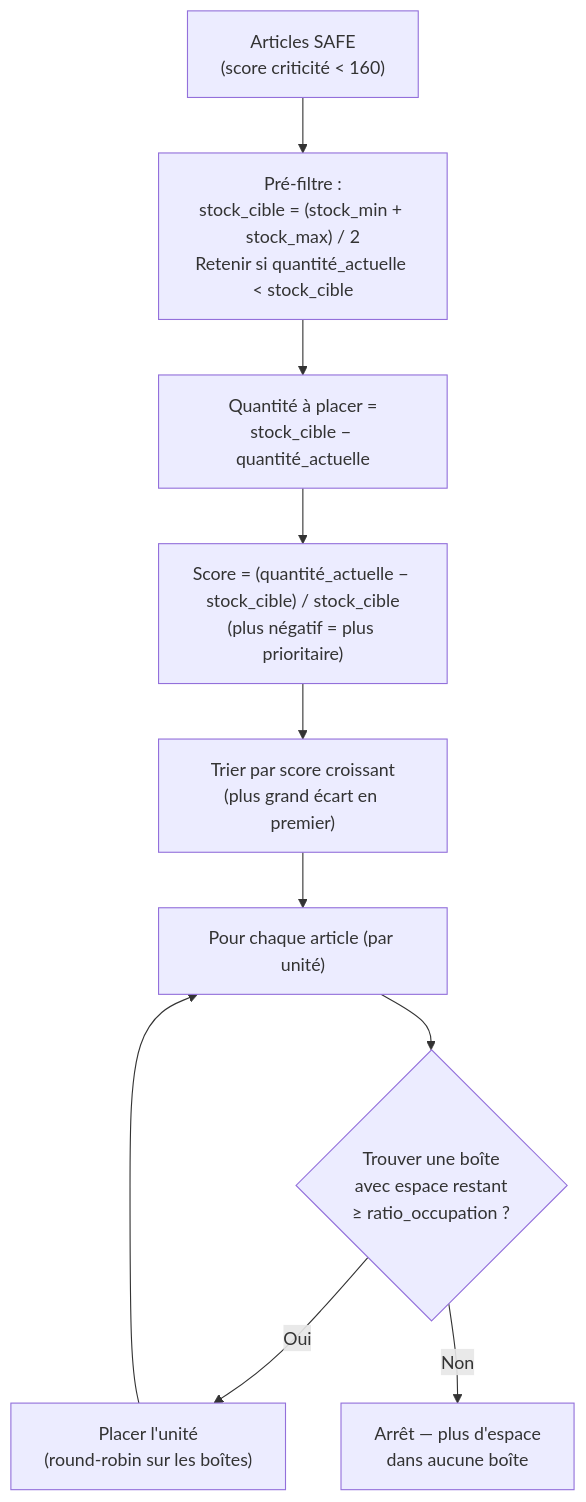
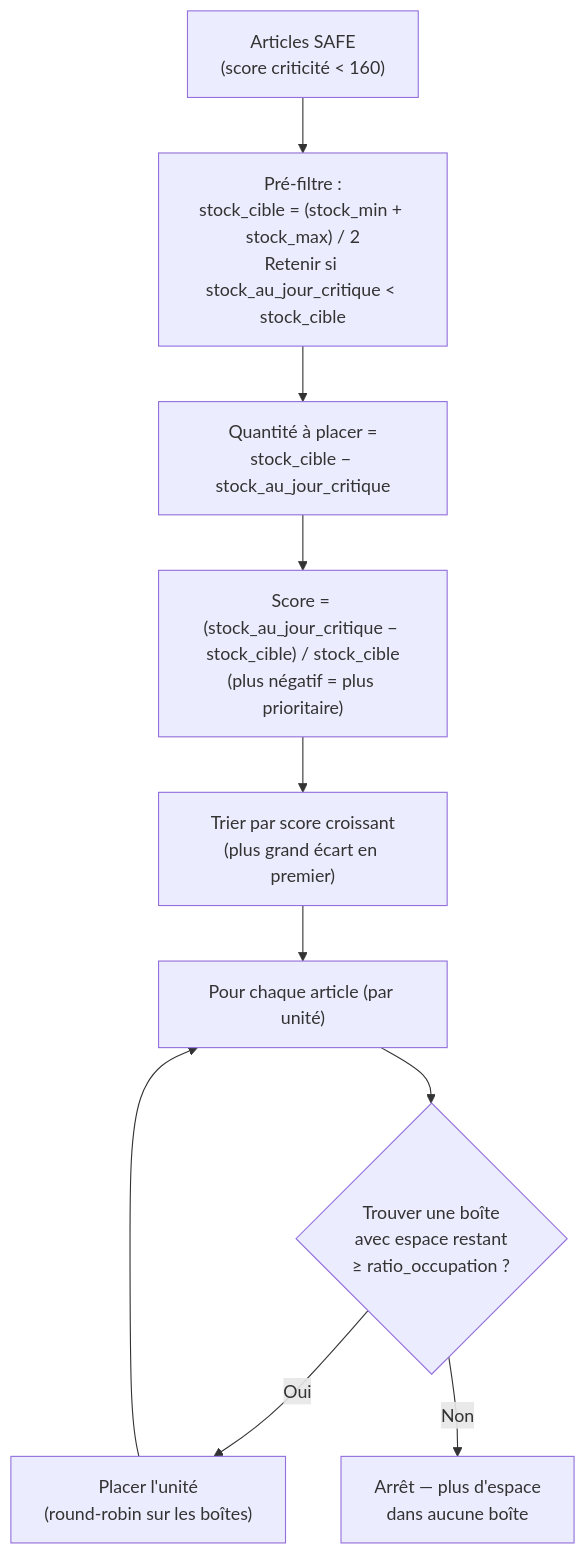
Before and after one commit to Singularity-Institute/PTL-r-appro-: diagram 11 of 15 in DOCUMENTATION_FONCTIONNELLE op-rep.md, drawn with Mermaid. The commit also changed other lines of this file, not shown here.

First line of the commit message:
Revise stock minimum gap calculations and definitions

````diff
--- a/DOCUMENTATION_FONCTIONNELLE op-rep.md
+++ b/DOCUMENTATION_FONCTIONNELLE op-rep.md
@@ -448,18 +452,18 @@
 ```mermaid
 flowchart TD
     START["Articles SAFE\n(score criticité < 160)"]
 
-    START --> FILTER["Pré-filtre :\nstock_cible = (stock_min + stock_max) / 2\nRetenir si quantité_actuelle < stock_cible"]
+    START --> FILTER["Pré-filtre :\nstock_cible = (stock_min + stock_max) / 2\nRetenir si stock_au_jour_critique < stock_cible"]
 
-    FILTER --> CALC_QTY["Quantité à placer =\nstock_cible − quantité_actuelle"]
+    FILTER --> CALC_QTY["Quantité à placer =\nstock_cible − stock_au_jour_critique"]
 
-    CALC_QTY --> SCORE["Score = (quantité_actuelle − stock_cible) / stock_cible\n(plus négatif = plus prioritaire)"]
+    CALC_QTY --> SCORE["Score = (stock_au_jour_critique − stock_cible) / stock_cible\n(plus négatif = plus prioritaire)"]
 
     SCORE --> SORT["Trier par score croissant\n(plus grand écart en premier)"]
 
     SORT --> LOOP["Pour chaque article (par unité)"]
     LOOP --> FIND{"Trouver une boîte\navec espace restant\n≥ ratio_occupation ?"}
     FIND -->|"Oui"| PLACE["Placer l'unité\n(round-robin sur les boîtes)"]
     PLACE --> LOOP
     FIND -->|"Non"| STOP["Arrêt — plus d'espace\ndans aucune boîte"]
 ```
````
